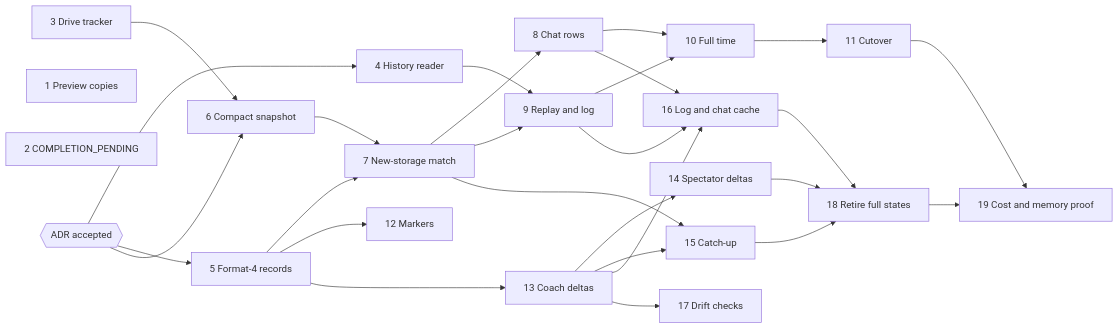
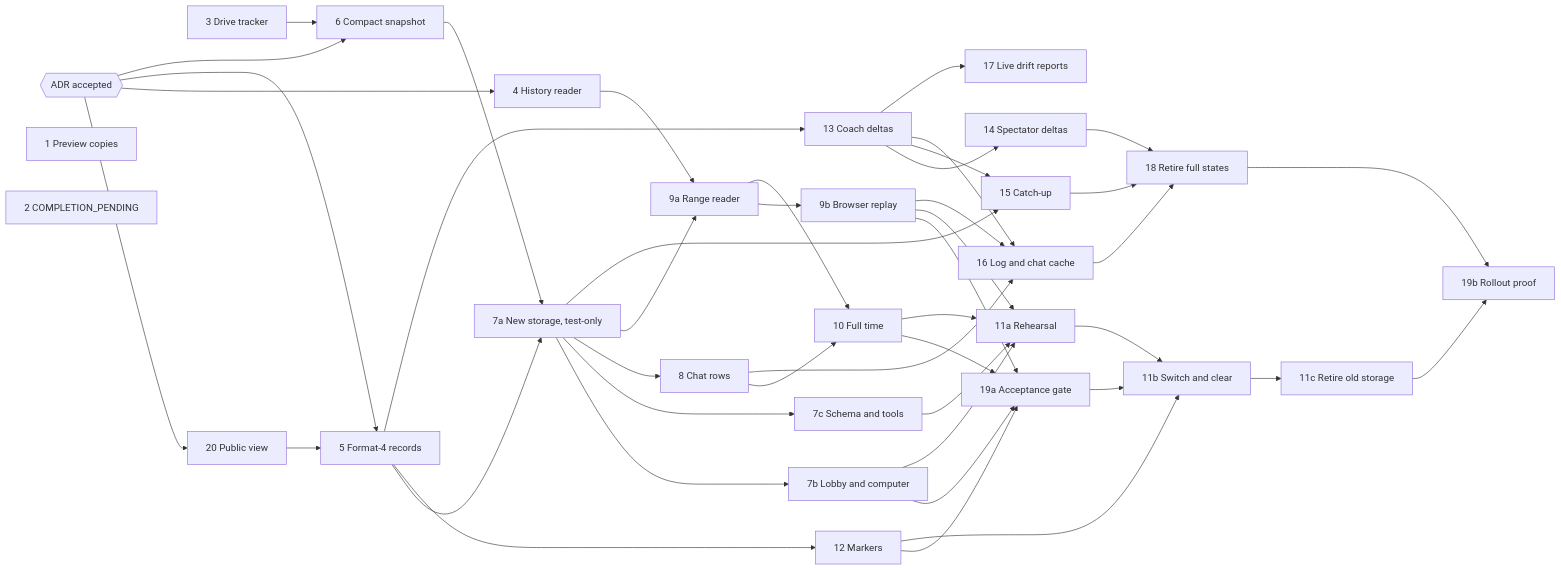
Before and after one commit to the-grognard-codes/moles-under-the-pitch: the diagram in docs/specs/match-state-sync-tickets.md, drawn with Mermaid. The commit also changed other lines of this file and 5 other files, not shown here.

````diff
--- a/docs/specs/match-state-sync-tickets.md
+++ b/docs/specs/match-state-sync-tickets.md
@@ -75,33 +56,49 @@
 ```mermaid
 flowchart LR
   ADR{{ADR accepted}}
   T1[1 Preview copies]
   T2[2 COMPLETION_PENDING]
   T3[3 Drive tracker]
+  ADR --> T20[20 Public view]
   ADR --> T4[4 History reader]
   ADR --> T5[5 Format-4 records]
+  T20 --> T5
   ADR --> T6[6 Compact snapshot]
   T3 --> T6
-  T5 --> T7[7 New-storage match]
-  T6 --> T7
-  T7 --> T8[8 Chat rows]
-  T4 --> T9[9 Replay and log]
-  T7 --> T9
+  T5 --> T7a[7a New storage, test-only]
+  T6 --> T7a
+  T7a --> T7b[7b Lobby and computer]
+  T7a --> T7c[7c Schema and tools]
+  T7a --> T8[8 Chat rows]
+  T4 --> T9a[9a Range reader]
+  T7a --> T9a
+  T9a --> T9b[9b Browser replay]
   T8 --> T10[10 Full time]
-  T9 --> T10
-  T10 --> T11[11 Cutover]
+  T9a --> T10
   T5 --> T12[12 Markers]
+  T7b --> T19a[19a Acceptance gate]
+  T9b --> T19a
+  T10 --> T19a
+  T12 --> T19a
+  T7c --> T11a[11a Rehearsal]
+  T9b --> T11a
+  T10 --> T11a
+  T7b --> T11a
+  T11a --> T11b[11b Switch and clear]
+  T12 --> T11b
+  T19a --> T11b
+  T11b --> T11c[11c Retire old storage]
   T5 --> T13[13 Coach deltas]
   T13 --> T14[14 Spectator deltas]
-  T7 --> T15[15 Catch-up]
+  T7a --> T15[15 Catch-up]
   T13 --> T15
   T8 --> T16[16 Log and chat cache]
-  T9 --> T16
+  T9b --> T16
   T13 --> T16
-  T13 --> T17[17 Drift checks]
+  T13 --> T17[17 Live drift reports]
   T14 --> T18[18 Retire full states]
   T15 --> T18
   T16 --> T18
-  T11 --> T19[19 Cost and memory proof]
-  T18 --> T19
+  T11c --> T19b[19b Rollout proof]
+  T18 --> T19b
 ```
````
